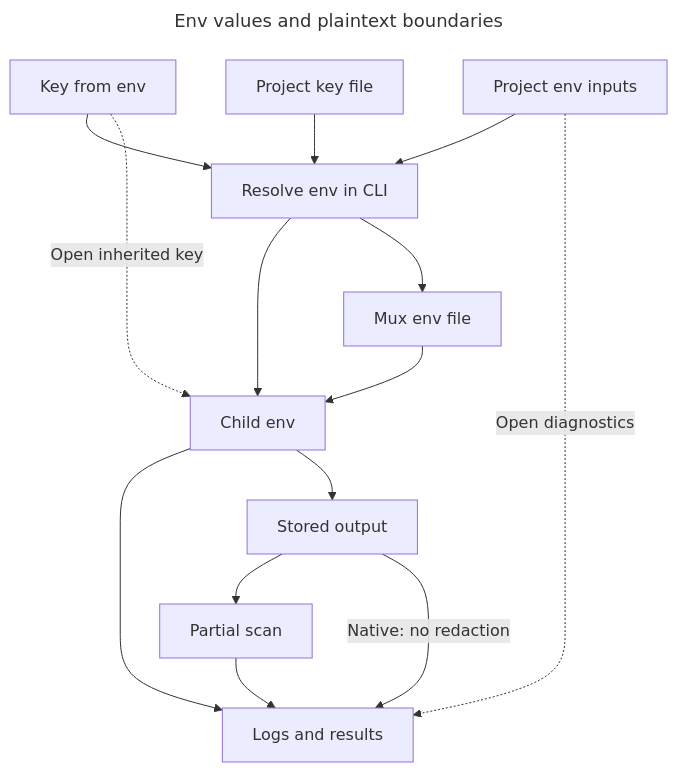
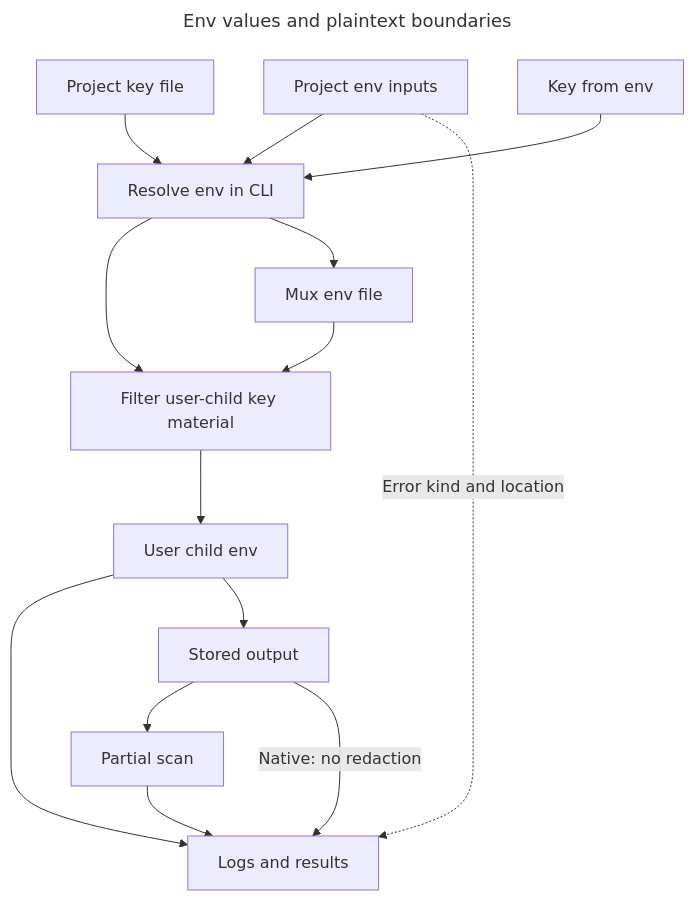
The diagram in docs/security/env-secrets-flow.mmd (hack-dance/hack), drawn with Mermaid before and after one commit. The commit also changed 3 other files, not shown here.

Commit message:
fix(env): update audit flow for merged containment fixes (HACK-2166)

```diff
--- a/docs/security/env-secrets-flow.mmd
+++ b/docs/security/env-secrets-flow.mmd
@@ -1,20 +1,20 @@
 ---
 title: Env values and plaintext boundaries
 ---
 flowchart TD
   layers[Project env inputs] --> cli[Resolve env in CLI]
   keyFile[Project key file] --> cli
   keyEnv[Key from env] --> cli
-  keyEnv -. Open inherited key .-> child[Child env]
-  cli --> child
+  cli --> filter[Filter user-child key material]
+  filter --> child[User child env]
   cli --> mux[Mux env file]
-  mux --> child
+  mux --> filter
   child --> output[Logs and results]
-  layers -. Open diagnostics .-> output
+  layers -. Error kind and location .-> output
   child --> disk[Stored output]
   disk --> scan[Partial scan]
   scan --> output
   disk -->|Native: no redaction| output
   class cli,child live
   class mux,disk,output wait
-  class keyEnv fail
+  class filter ok
```
